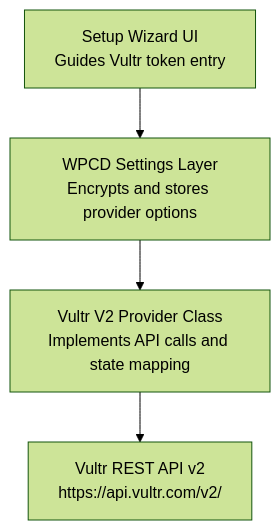
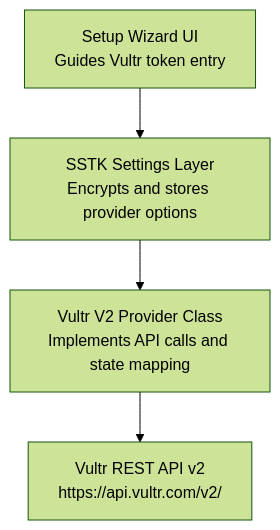
The first of 7 diagrams in .qoder/repowiki/en/content/Cloud Provider Integration/Vultr Provider Implementation.md (onedogsolutions/simple-stack), drawn with Mermaid (forest theme) before and after one commit. The commit also changed other lines of this file and 5941 other files, not shown here.

````diff
--- a/.qoder/repowiki/en/content/Cloud Provider Integration/Vultr Provider Implementation.md
+++ b/.qoder/repowiki/en/content/Cloud Provider Integration/Vultr Provider Implementation.md
@@ -34,10 +34,10 @@
 ```mermaid
 graph TB
-WPCD_Settings["WPCD Settings Layer<br/>Encrypts and stores provider options"]
+SSTK_Settings["SSTK Settings Layer<br/>Encrypts and stores provider options"]
 Setup_Wizard["Setup Wizard UI<br/>Guides Vultr token entry"]
 Vultr_Provider["Vultr V2 Provider Class<br/>Implements API calls and state mapping"]
 Vultr_API["Vultr REST API v2<br/>https://api.vultr.com/v2/"]
-WPCD_Settings --> Vultr_Provider
-Setup_Wizard --> WPCD_Settings
+SSTK_Settings --> Vultr_Provider
+Setup_Wizard --> SSTK_Settings
 Vultr_Provider --> Vultr_API
 ```
````
